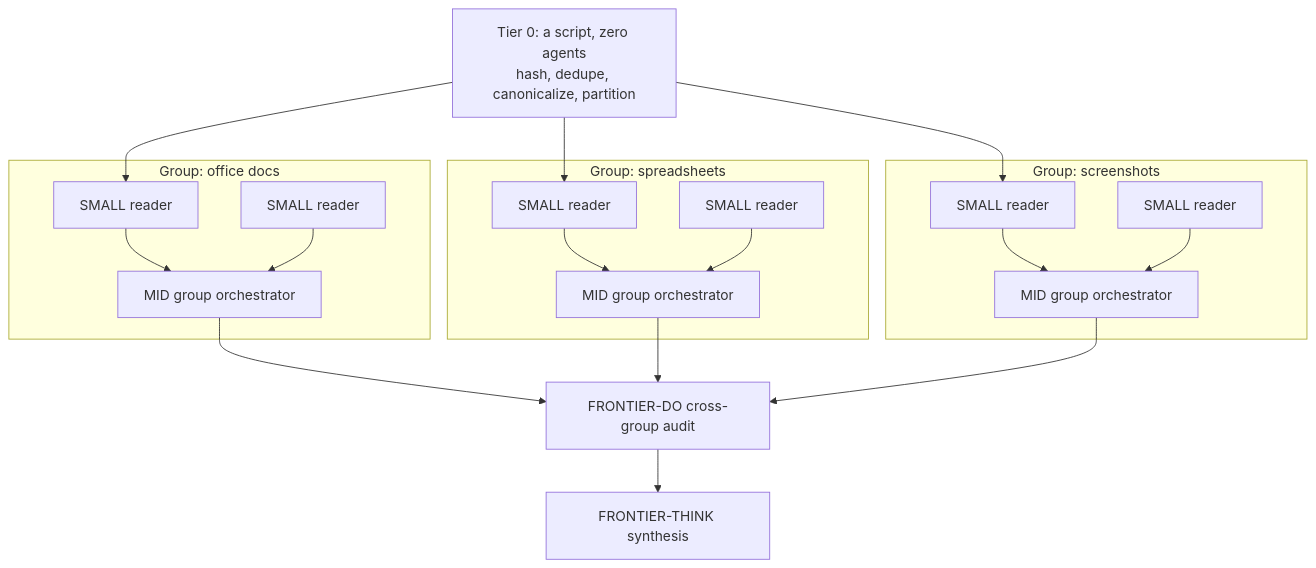
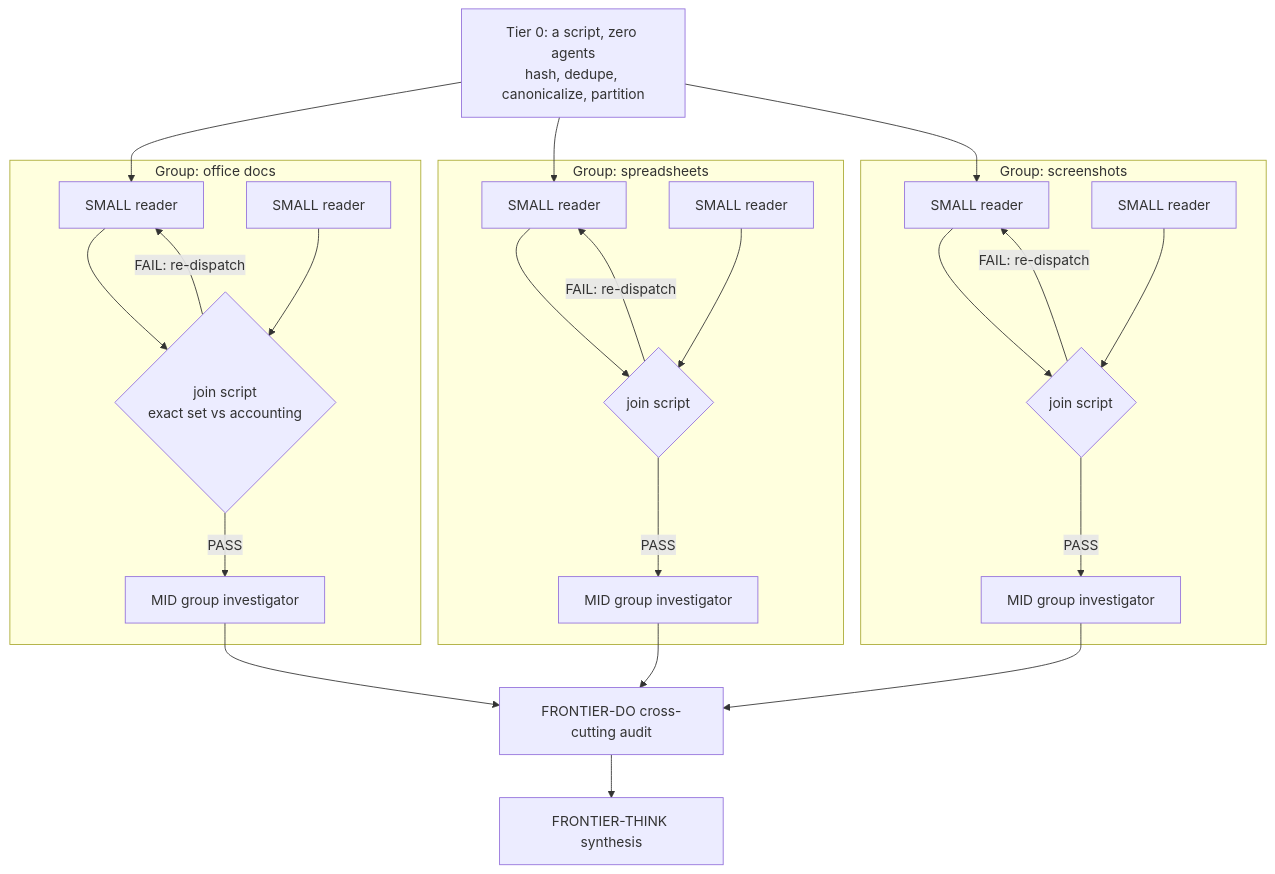
One commit to LCS-Adam/standing-orders changed the diagram in docs/corpus-swarms.md. Above: the diagram before and after it, drawn with Mermaid. The commit also changed other lines of this file and 3 other files, not shown here.

````diff
--- a/docs/corpus-swarms.md
+++ b/docs/corpus-swarms.md
@@ -22,22 +23,28 @@
 ```mermaid
 flowchart TB
     Z[Tier 0: a script, zero agents<br/>hash, dedupe, canonicalize, partition] --> A1
     Z --> A2
     Z --> A3
     subgraph G1[Group: office docs]
-        A1[SMALL reader] --> B1[MID group orchestrator]
-        A1b[SMALL reader] --> B1
+        A1[SMALL reader] --> J1{"join script<br/>exact set vs accounting"}
+        A1b[SMALL reader] --> J1
+        J1 -->|PASS| B1[MID group investigator]
+        J1 -->|FAIL: re-dispatch| A1
     end
     subgraph G2[Group: spreadsheets]
-        A2[SMALL reader] --> B2[MID group orchestrator]
-        A2b[SMALL reader] --> B2
+        A2[SMALL reader] --> J2{"join script"}
+        A2b[SMALL reader] --> J2
+        J2 -->|PASS| B2[MID group investigator]
+        J2 -->|FAIL: re-dispatch| A2
     end
     subgraph G3[Group: screenshots]
-        A3[SMALL reader] --> B3[MID group orchestrator]
-        A3b[SMALL reader] --> B3
+        A3[SMALL reader] --> J3{"join script"}
+        A3b[SMALL reader] --> J3
+        J3 -->|PASS| B3[MID group investigator]
+        J3 -->|FAIL: re-dispatch| A3
     end
-    B1 --> C[FRONTIER-DO cross-group audit]
+    B1 --> C[FRONTIER-DO cross-cutting audit]
     B2 --> C
     B3 --> C
     C --> D[FRONTIER-THINK synthesis]
 ```
````
